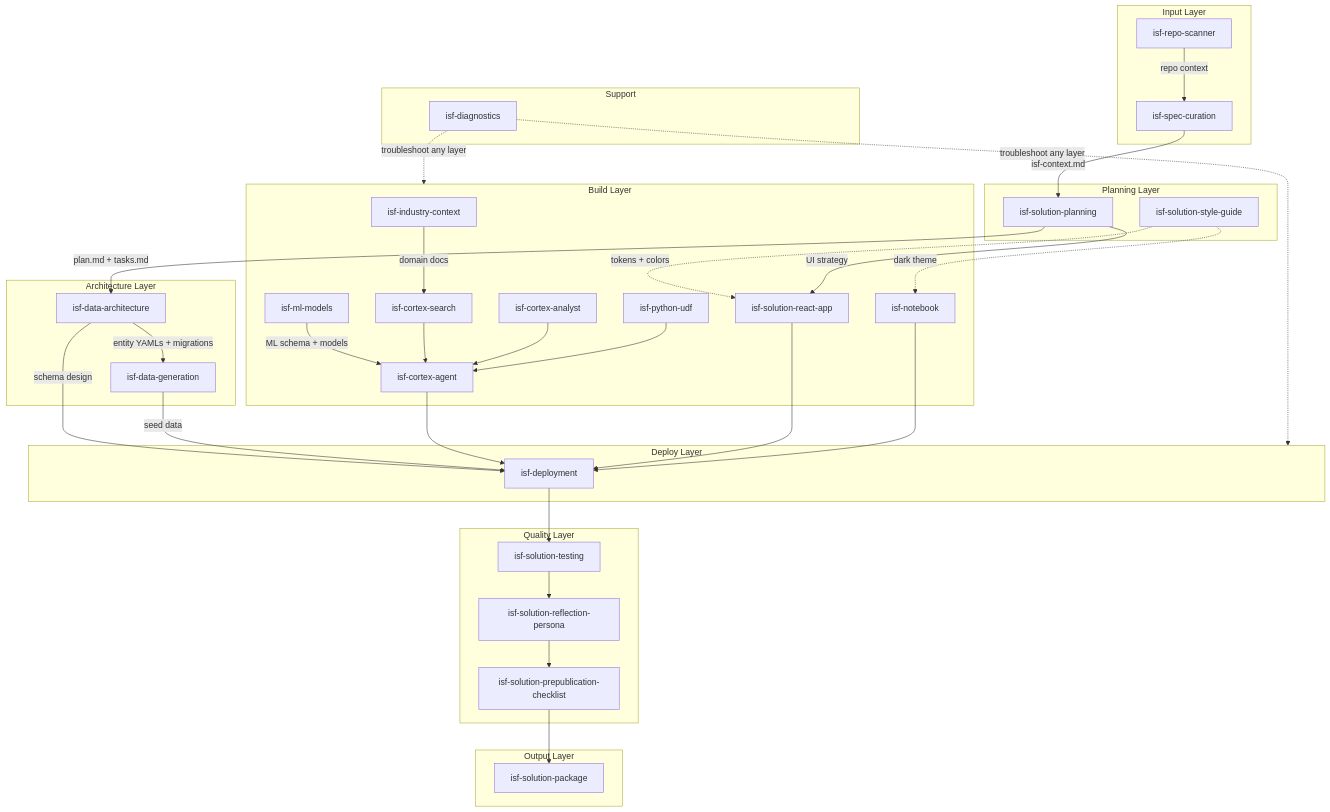
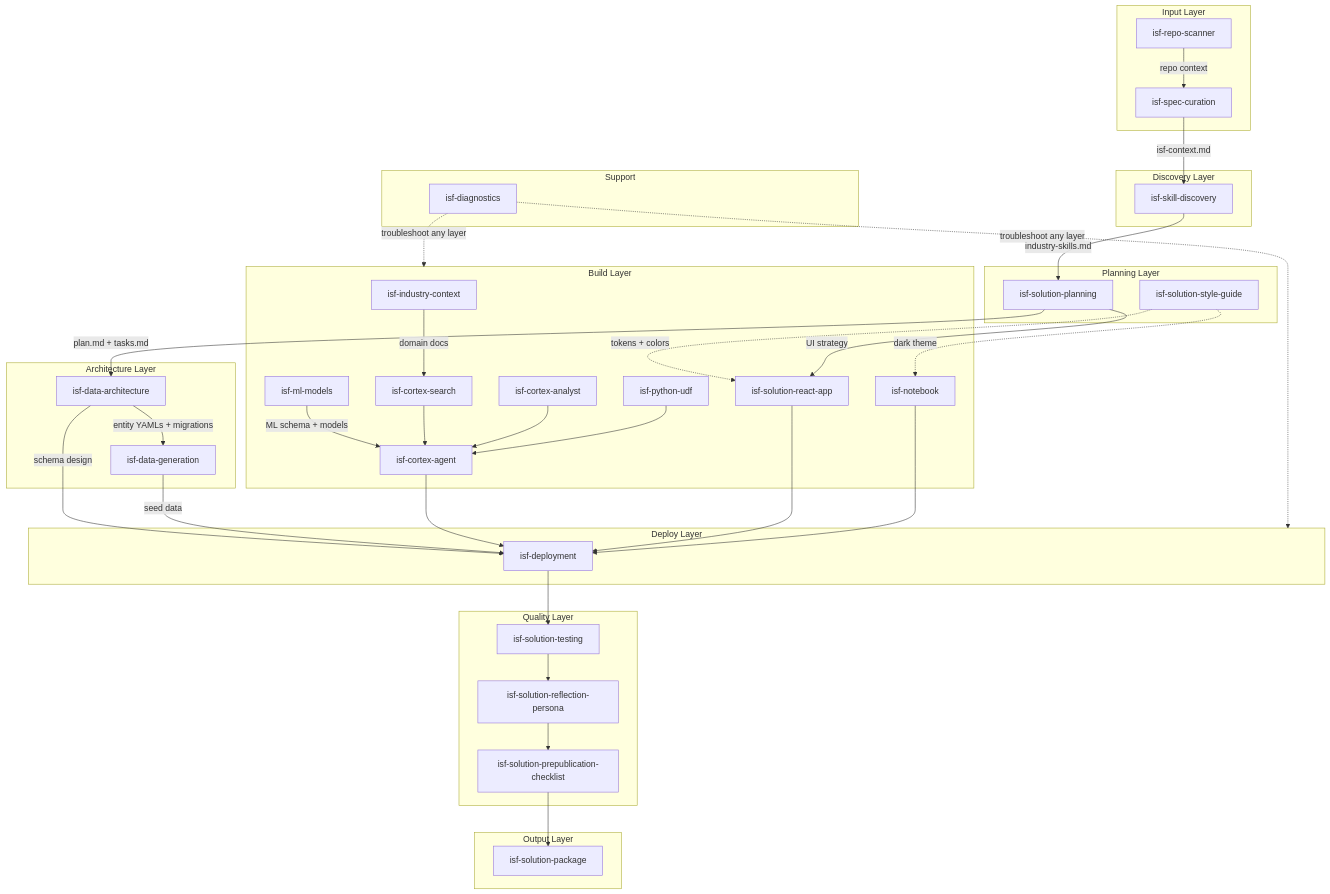
One commit to sfc-gh-jurrutia/isf-kit changed the diagram in isf-skills/isf-skills-docs/STATUS.md. Above: the diagram before and after it, drawn with Mermaid. The commit also changed other lines of this file and 62 other files, not shown here.

Commit message:
ISF-Kit-React upgrade and skill cleanup

````diff
--- a/isf-skills/isf-skills-docs/STATUS.md
+++ b/isf-skills/isf-skills-docs/STATUS.md
@@ -9,70 +9,75 @@
 ```mermaid
 flowchart TD
   subgraph input [Input Layer]
     SC[isf-spec-curation]
     RS[isf-repo-scanner]
+  end
+
+  subgraph discovery [Discovery Layer]
+    SD[isf-skill-discovery]
   end
 
   subgraph plan [Planning Layer]
     SP[isf-solution-planning]
     SG[isf-solution-style-guide]
   end
 
   subgraph arch [Architecture Layer]
     DA[isf-data-architecture]
     DG[isf-data-generation]
   end
 
   subgraph build [Build Layer]
     IC[isf-industry-context]
     ML[isf-ml-models]
     RA[isf-solution-react-app]
     CA[isf-cortex-agent]
     CS[isf-cortex-search]
     CL[isf-cortex-analyst]
     PU[isf-python-udf]
     NB[isf-notebook]
   end
 
   subgraph deploy [Deploy Layer]
     DP[isf-deployment]
   end
 
   subgraph quality [Quality Layer]
     ST[isf-solution-testing]
     RP[isf-solution-reflection-persona]
     PC[isf-solution-prepublication-checklist]
   end
 
   subgraph output [Output Layer]
     PK[isf-solution-package]
   end
 
   subgraph support [Support]
     DX[isf-diagnostics]
   end
 
   RS -->|"repo context"| SC
-  SC -->|"isf-context.md"| SP
+  SC -->|"isf-context.md"| SD
+  SD -->|"industry-skills.md"| SP
   SG -.->|"tokens + colors"| RA
   SG -.->|"dark theme"| NB
   SP -->|"plan.md + tasks.md"| DA
   DA -->|"entity YAMLs + migrations"| DG
   DA -->|"schema design"| DP
   DG -->|"seed data"| DP
   SP -->|"UI strategy"| RA
   CA --> DP
   IC -->|"domain docs"| CS
   ML -->|"ML schema + models"| CA
   CS --> CA
   CL --> CA
   PU --> CA
   RA --> DP
   NB --> DP
   DP --> ST
   ST --> RP
   RP --> PC
   PC --> PK
   DX -.->|"troubleshoot any layer"| deploy
   DX -.->|"troubleshoot any layer"| build
 ```
````
